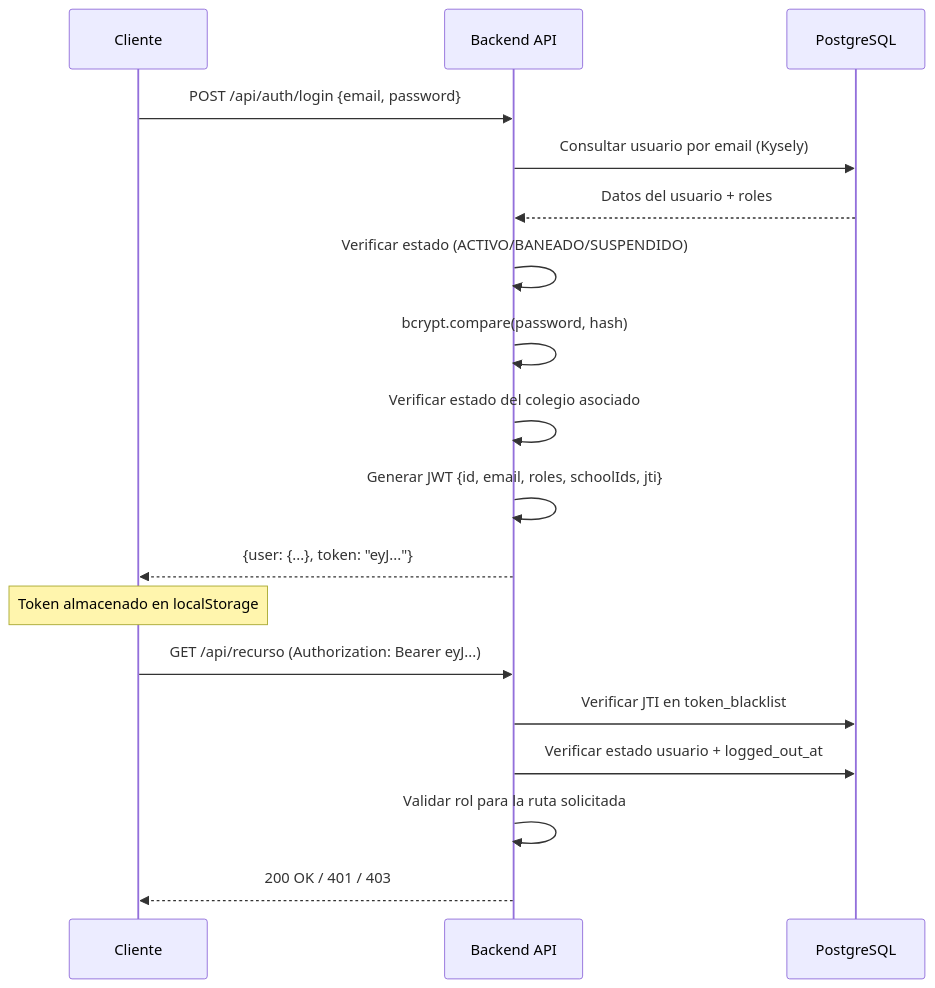
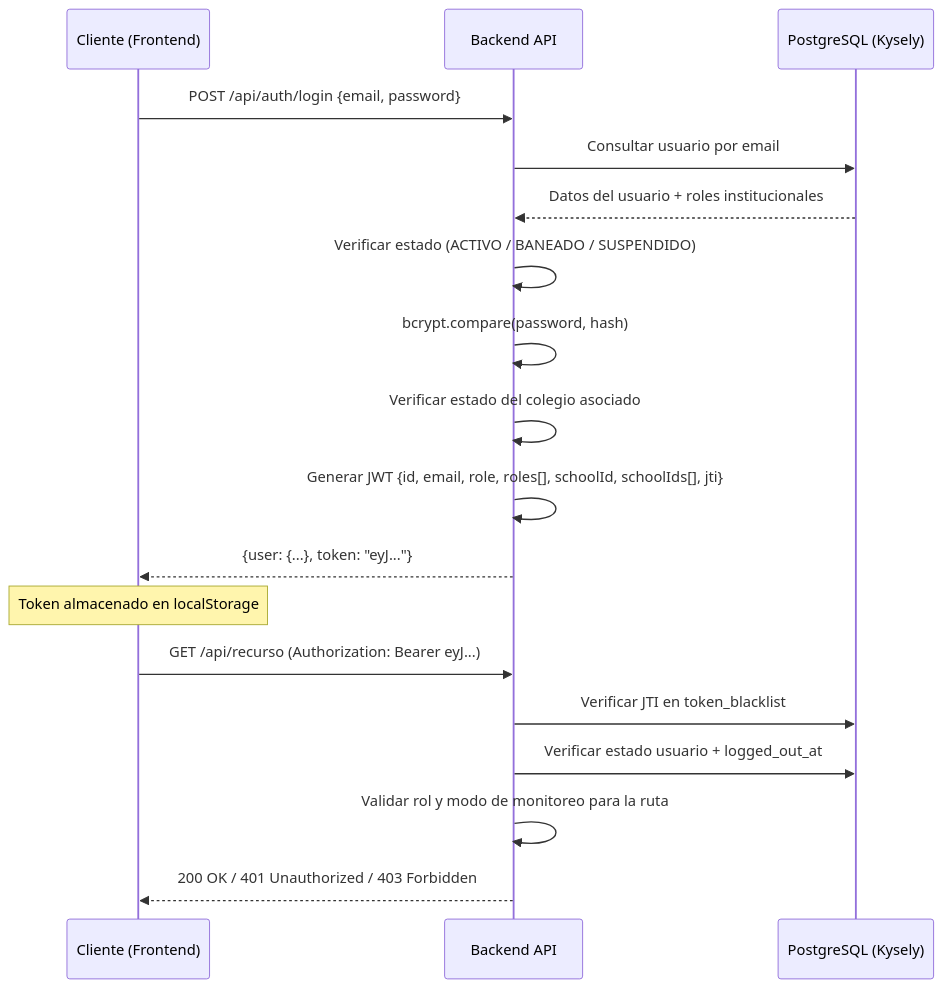
The second of 3 diagrams in guides/Documento_Tecnico_Seguridad_AcademiaNeiva.md (DanExl24/AcademiaNeiva), drawn with Mermaid before and after one commit. The commit also changed other lines of this file, not shown here.

Commit message:
docs: actualizar Documento Tecnico de Seguridad a v2.5.0 con OTP transaccional, Kysely, Zod y acompanamiento directivo

````diff
--- a/guides/Documento_Tecnico_Seguridad_AcademiaNeiva.md
+++ b/guides/Documento_Tecnico_Seguridad_AcademiaNeiva.md
@@ -91,23 +93,23 @@
 ```mermaid
 sequenceDiagram
-    participant C as Cliente
+    participant C as Cliente (Frontend)
     participant API as Backend API
-    participant DB as PostgreSQL
+    participant DB as PostgreSQL (Kysely)
     
     C->>API: POST /api/auth/login {email, password}
-    API->>DB: Consultar usuario por email (Kysely)
-    DB-->>API: Datos del usuario + roles
-    API->>API: Verificar estado (ACTIVO/BANEADO/SUSPENDIDO)
+    API->>DB: Consultar usuario por email
+    DB-->>API: Datos del usuario + roles institucionales
+    API->>API: Verificar estado (ACTIVO / BANEADO / SUSPENDIDO)
     API->>API: bcrypt.compare(password, hash)
     API->>API: Verificar estado del colegio asociado
-    API->>API: Generar JWT {id, email, roles, schoolIds, jti}
+    API->>API: Generar JWT {id, email, role, roles[], schoolId, schoolIds[], jti}
     API-->>C: {user: {...}, token: "eyJ..."}
     
     Note over C: Token almacenado en localStorage
     
     C->>API: GET /api/recurso (Authorization: Bearer eyJ...)
     API->>DB: Verificar JTI en token_blacklist
     API->>DB: Verificar estado usuario + logged_out_at
-    API->>API: Validar rol para la ruta solicitada
-    API-->>C: 200 OK / 401 / 403
+    API->>API: Validar rol y modo de monitoreo para la ruta
+    API-->>C: 200 OK / 401 Unauthorized / 403 Forbidden
 ```
````
